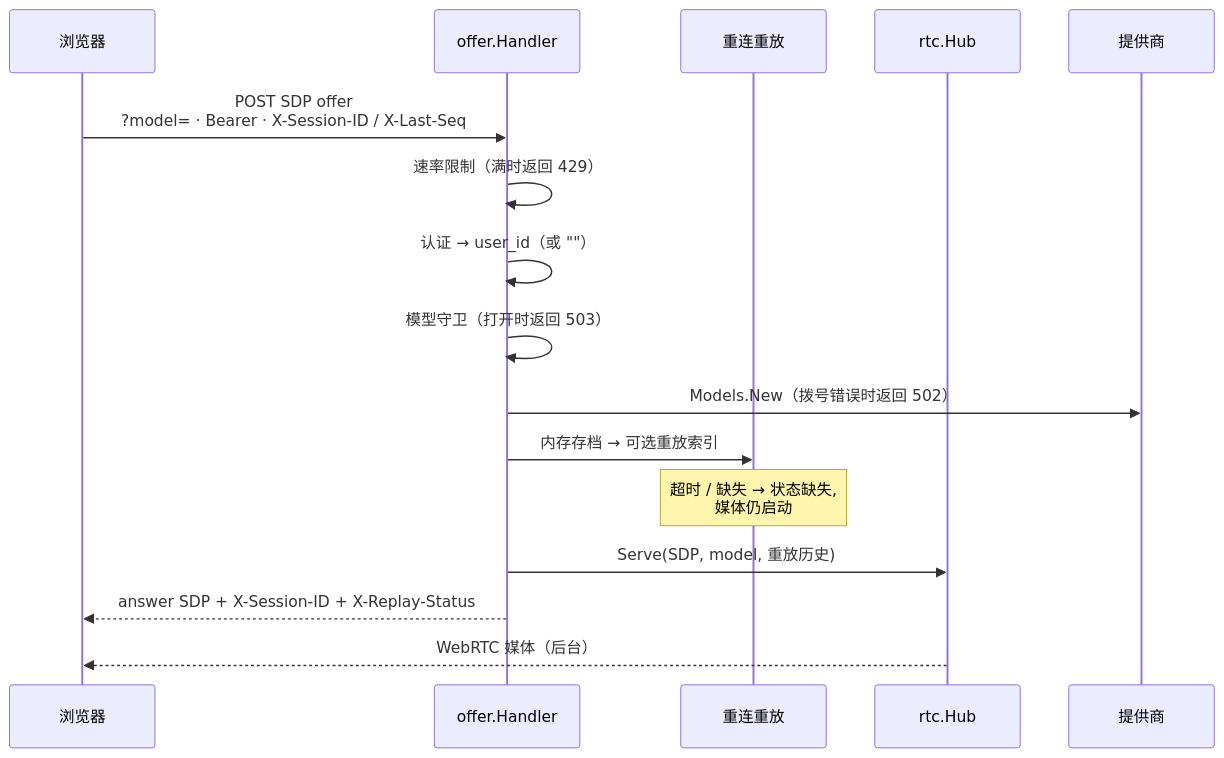
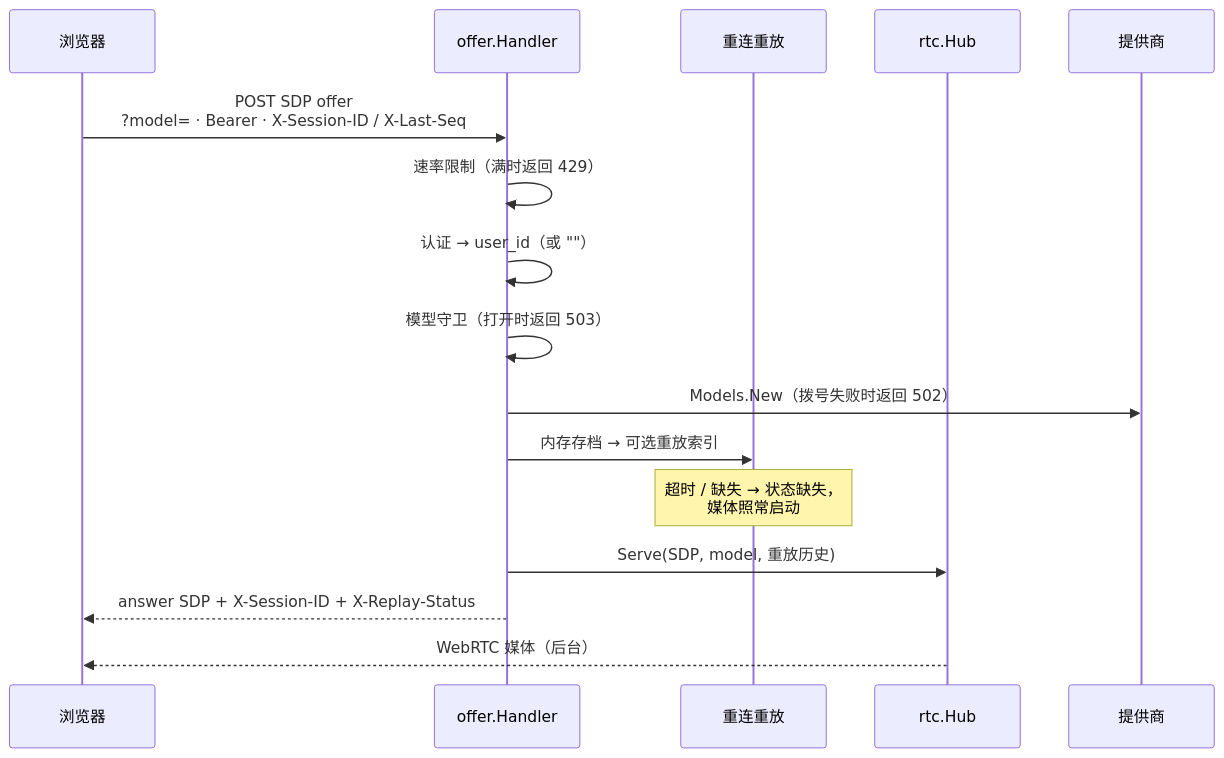
Before and after one commit to thinkinbig/rt_llm_proxy: the second of 5 diagrams in docs/ARCHITECTURE_中文.md, drawn with Mermaid. The commit also changed other lines of this file, not shown here.

````diff
--- a/docs/ARCHITECTURE_中文.md
+++ b/docs/ARCHITECTURE_中文.md
@@ -89,19 +89,19 @@
 ```mermaid
 sequenceDiagram
   participant B as 浏览器
   participant O as offer.Handler
   participant R as 重连重放
   participant H as rtc.Hub
   participant M as 提供商
 
   B->>O: POST SDP offer<br/>?model= · Bearer · X-Session-ID / X-Last-Seq
   O->>O: 速率限制（满时返回 429）
   O->>O: 认证 → user_id（或 ""）
   O->>O: 模型守卫（打开时返回 503）
-  O->>M: Models.New（拨号错误时返回 502）
+  O->>M: Models.New（拨号失败时返回 502）
   O->>R: 内存存档 → 可选重放索引
-  Note over R: 超时 / 缺失 → 状态缺失,<br/>媒体仍启动
+  Note over R: 超时 / 缺失 → 状态缺失，<br/>媒体照常启动
   O->>H: Serve(SDP, model, 重放历史)
   O-->>B: answer SDP + X-Session-ID + X-Replay-Status
   H-->>B: WebRTC 媒体（后台）
 ```
````
